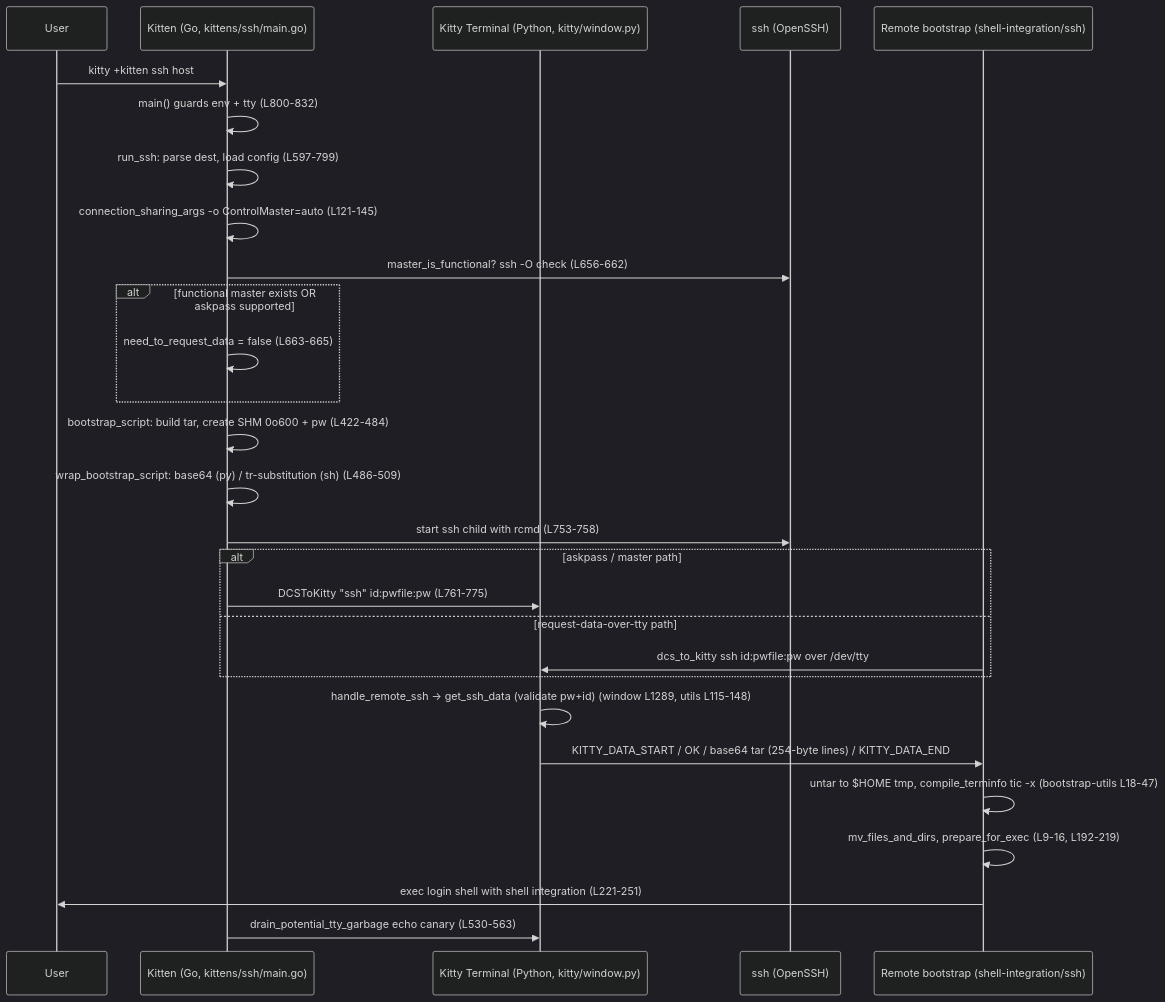
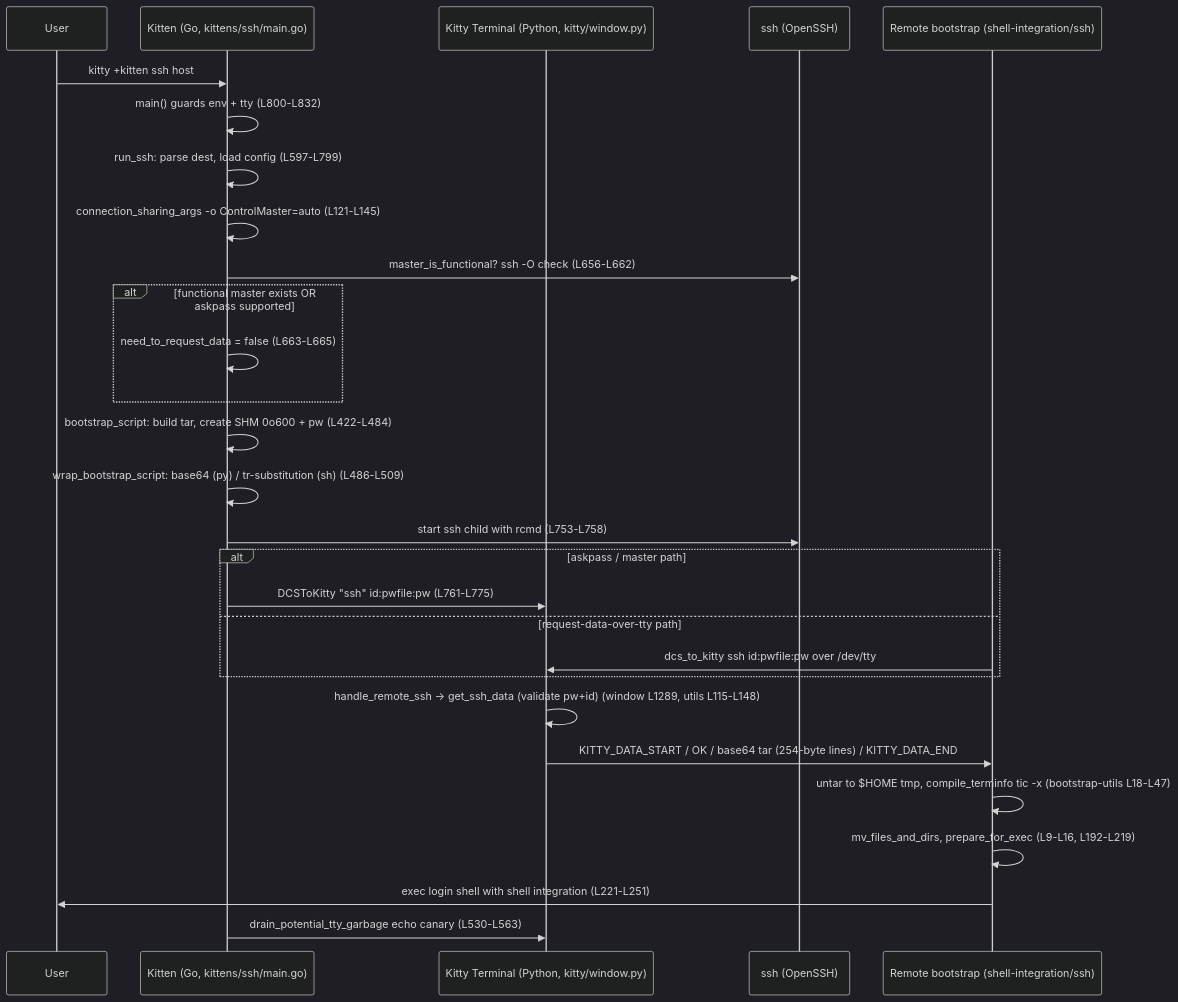
One commit to blitzy-research/kitty changed the diagram in blitzy/documentation/kitty_815df1e210e0.md. Above: the diagram before and after it, drawn with Mermaid (dark theme). The commit also changed other lines of this file, not shown here.

Commit message:
docs(ssh-kitten): address review findings F1-F3 in SSH kitten walkthrough
F1 (MAJOR): embed the Q8 sequence diagram verbatim per AAP 0.5.1, restoring every line-range token to the exact Lxxx-Lyyy form (e.g. L800-L832, L597-L799, L530-L563).

F2 (MAJOR): correct the Q2/Q9 security wording. Distinguish the bulk tar payload (kept in the 0o600 SHM segment, never on the command line) from the one-time id:pwfile:pw token, which carries the real one-time pw and IS transmitted -- substituted into the bootstrap script that becomes the ssh argv on the request-data path (main.go L460,L475-L482,L486-L508,L753; echoed by bootstrap.sh L92-L95) or pushed via DCS on the askpass/master path (main.go L761-L766). Reframe safety as single-use (unlink-on-read + KITTY_PID-WINDOW_ID binding).

F3 (MINOR): note the shell-integration tree is packaged only when shell integration is enabled (ksi != ""), gated by 'if ksi != ""' at main.go L329-L341.

Documentation-only change; no source/reference files modified.

````diff
--- a/blitzy/documentation/kitty_815df1e210e0.md
+++ b/blitzy/documentation/kitty_815df1e210e0.md
@@ -359,31 +366,31 @@
 ```mermaid
 sequenceDiagram
     participant U as User
     participant K as Kitten (Go, kittens/ssh/main.go)
     participant T as Kitty Terminal (Python, kitty/window.py)
     participant S as ssh (OpenSSH)
     participant R as Remote bootstrap (shell-integration/ssh)
 
     U->>K: kitty +kitten ssh host
-    K->>K: main() guards env + tty (L800-832)
-    K->>K: run_ssh: parse dest, load config (L597-799)
-    K->>K: connection_sharing_args -o ControlMaster=auto (L121-145)
-    K->>S: master_is_functional? ssh -O check (L656-662)
+    K->>K: main() guards env + tty (L800-L832)
+    K->>K: run_ssh: parse dest, load config (L597-L799)
+    K->>K: connection_sharing_args -o ControlMaster=auto (L121-L145)
+    K->>S: master_is_functional? ssh -O check (L656-L662)
     alt functional master exists OR askpass supported
-        K->>K: need_to_request_data = false (L663-665)
+        K->>K: need_to_request_data = false (L663-L665)
     end
-    K->>K: bootstrap_script: build tar, create SHM 0o600 + pw (L422-484)
-    K->>K: wrap_bootstrap_script: base64 (py) / tr-substitution (sh) (L486-509)
-    K->>S: start ssh child with rcmd (L753-758)
+    K->>K: bootstrap_script: build tar, create SHM 0o600 + pw (L422-L484)
+    K->>K: wrap_bootstrap_script: base64 (py) / tr-substitution (sh) (L486-L509)
+    K->>S: start ssh child with rcmd (L753-L758)
     alt askpass / master path
-        K->>T: DCSToKitty "ssh" id:pwfile:pw (L761-775)
+        K->>T: DCSToKitty "ssh" id:pwfile:pw (L761-L775)
     else request-data-over-tty path
         R->>T: dcs_to_kitty ssh id:pwfile:pw over /dev/tty
     end
-    T->>T: handle_remote_ssh -> get_ssh_data (validate pw+id) (window L1289, utils L115-148)
+    T->>T: handle_remote_ssh -> get_ssh_data (validate pw+id) (window L1289, utils L115-L148)
     T->>R: KITTY_DATA_START / OK / base64 tar (254-byte lines) / KITTY_DATA_END
-    R->>R: untar to $HOME tmp, compile_terminfo tic -x (bootstrap-utils L18-47)
-    R->>R: mv_files_and_dirs, prepare_for_exec (L9-16, L192-219)
-    R->>U: exec login shell with shell integration (L221-251)
-    K->>T: drain_potential_tty_garbage echo canary (L530-563)
+    R->>R: untar to $HOME tmp, compile_terminfo tic -x (bootstrap-utils L18-L47)
+    R->>R: mv_files_and_dirs, prepare_for_exec (L9-L16, L192-L219)
+    R->>U: exec login shell with shell integration (L221-L251)
+    K->>T: drain_potential_tty_garbage echo canary (L530-L563)
 ```
````
